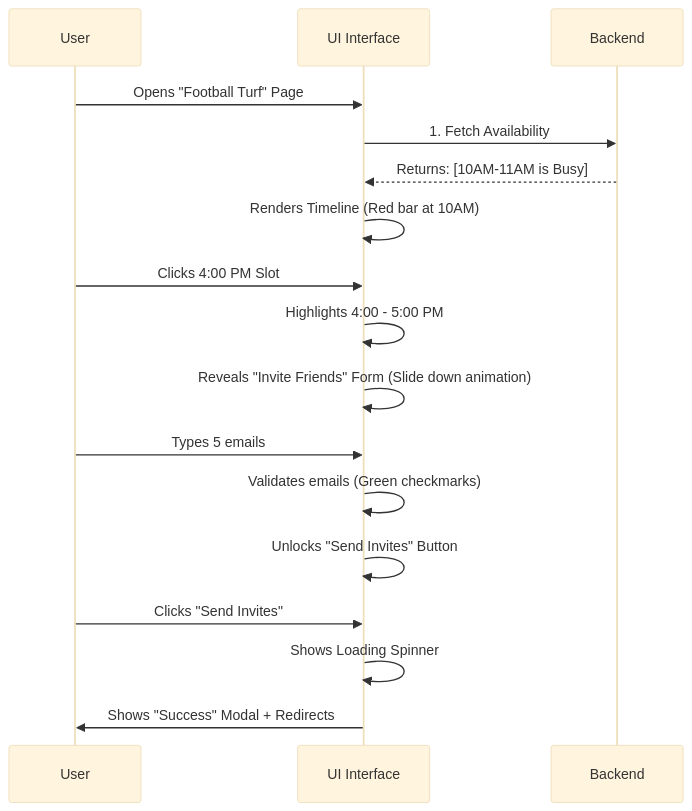
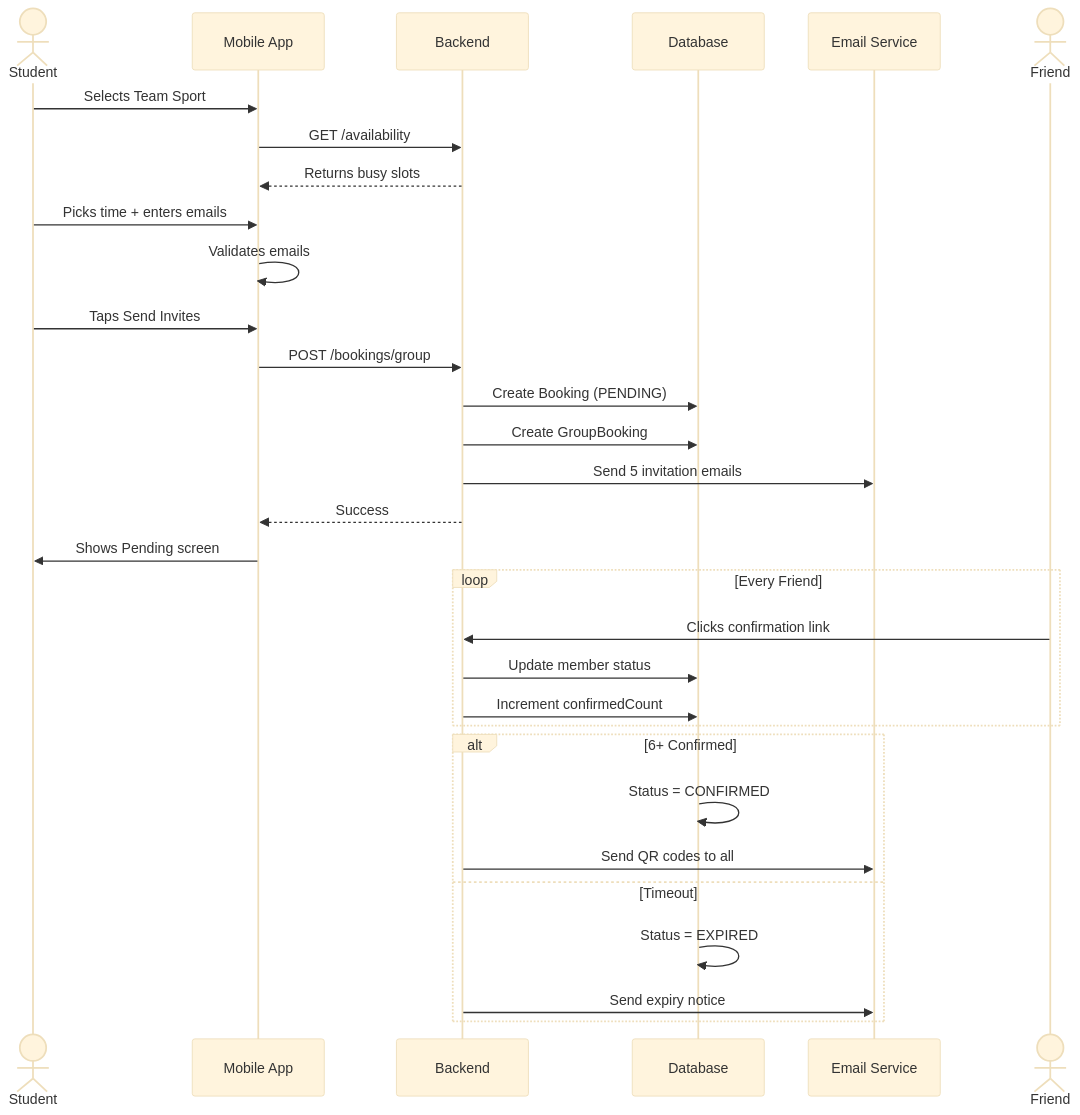
Before and after one commit to SarthakPaandey/SSTBORROWING: the sixth of 8 diagrams in documentation.md, drawn with Mermaid (base theme). The commit also changed other lines of this file, not shown here.

````diff
--- a/documentation.md
+++ b/documentation.md
@@ -94,24 +372,39 @@
 ```mermaid
 sequenceDiagram
-    participant User
-    participant App as UI Interface
-    participant System as Backend
+    actor Student
+    participant UI as Mobile App
+    participant API as Backend
+    participant DB as Database
+    participant Email as Email Service
+    actor Friend
 
-    User->>App: Opens "Football Turf" Page
-    App->>System: 1. Fetch Availability
-    System-->>App: Returns: [10AM-11AM is Busy]
+    Student->>UI: Selects Team Sport
+    UI->>API: GET /availability
+    API-->>UI: Returns busy slots
     
-    App->>App: Renders Timeline (Red bar at 10AM)
+    Student->>UI: Picks time + enters emails
+    UI->>UI: Validates emails
+    Student->>UI: Taps Send Invites
     
-    User->>App: Clicks 4:00 PM Slot
-    App->>App: Highlights 4:00 - 5:00 PM
-    App->>App: Reveals "Invite Friends" Form (Slide down animation)
+    UI->>API: POST /bookings/group
+    API->>DB: Create Booking (PENDING)
+    API->>DB: Create GroupBooking
+    API->>Email: Send 5 invitation emails
+    API-->>UI: Success
     
-    User->>App: Types 5 emails
-    App->>App: Validates emails (Green checkmarks)
-    App->>App: Unlocks "Send Invites" Button
+    UI->>Student: Shows Pending screen
     
-    User->>App: Clicks "Send Invites"
-    App->>App: Shows Loading Spinner
-    App->>User: Shows "Success" Modal + Redirects
+    loop Every Friend
+        Friend->>API: Clicks confirmation link
+        API->>DB: Update member status
+        API->>DB: Increment confirmedCount
+    end
+    
+    alt 6+ Confirmed
+        DB->>DB: Status = CONFIRMED
+        API->>Email: Send QR codes to all
+    else Timeout
+        DB->>DB: Status = EXPIRED
+        API->>Email: Send expiry notice
+    end
 ```
````
